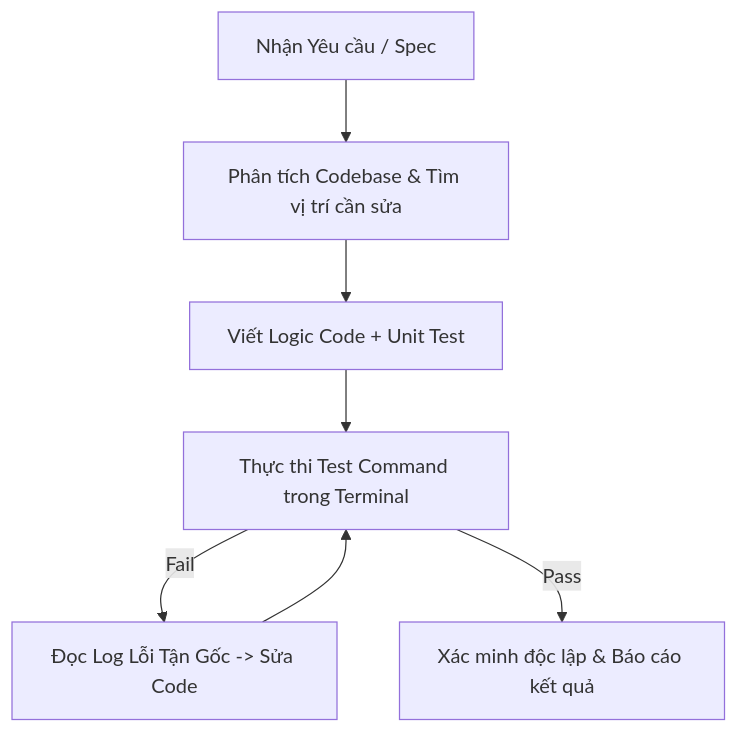
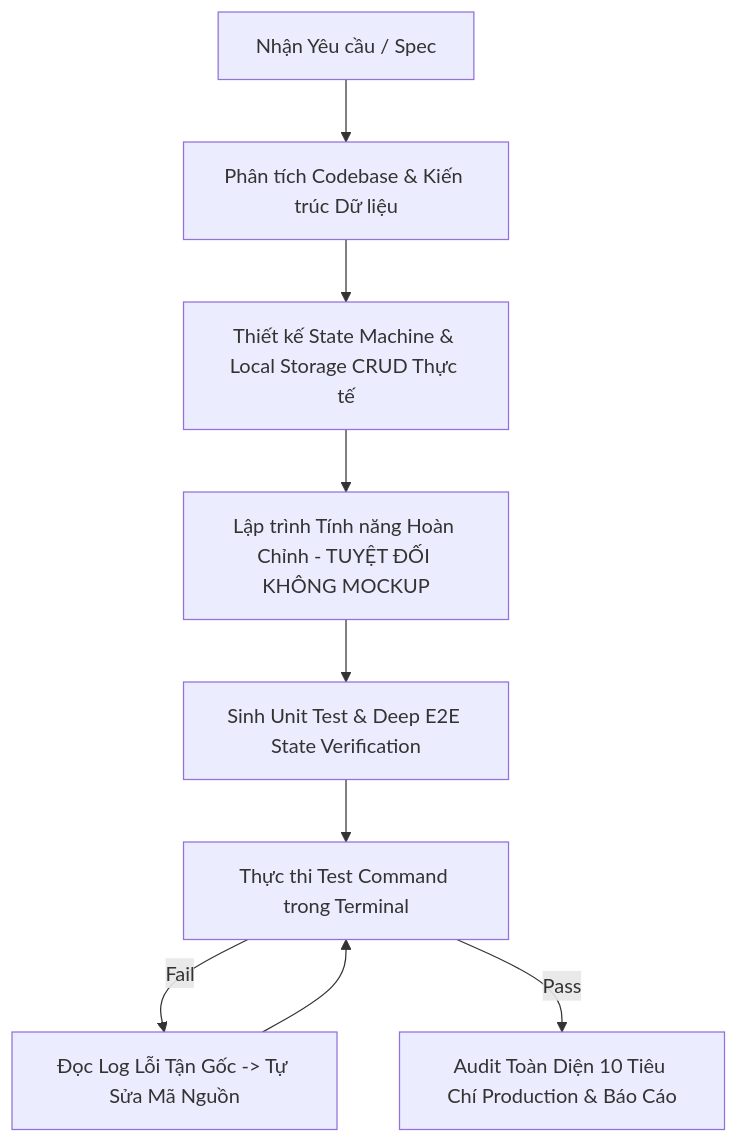
One commit to itgviet/ai-skills changed the diagram in dev-executor/SKILL.md. Above: the diagram before and after it, drawn with Mermaid. The commit also changed other lines of this file and 19 other files, not shown here.

````diff
--- a/dev-executor/SKILL.md
+++ b/dev-executor/SKILL.md
@@ -11,9 +12,11 @@
 ```mermaid
 flowchart TD
-    A[Nhận Yêu cầu / Spec] --> B[Phân tích Codebase & Tìm vị trí cần sửa]
-    B --> C[Viết Logic Code + Unit Test]
-    C --> D[Thực thi Test Command trong Terminal]
-    D -->|Fail| E[Đọc Log Lỗi Tận Gốc -> Sửa Code]
-    E --> D
-    D -->|Pass| F[Xác minh độc lập & Báo cáo kết quả]
+    A[Nhận Yêu cầu / Spec] --> B[Phân tích Codebase & Kiến trúc Dữ liệu]
+    B --> C[Thiết kế State Machine & Local Storage CRUD Thực tế]
+    C --> D[Lập trình Tính năng Hoàn Chỉnh - TUYỆT ĐỐI KHÔNG MOCKUP]
+    D --> E[Sinh Unit Test & Deep E2E State Verification]
+    E --> F[Thực thi Test Command trong Terminal]
+    F -->|Fail| G[Đọc Log Lỗi Tận Gốc -> Tự Sửa Mã Nguồn]
+    G --> F
+    F -->|Pass| H[Audit Toàn Diện 10 Tiêu Chí Production & Báo Cáo]
 ```
````
